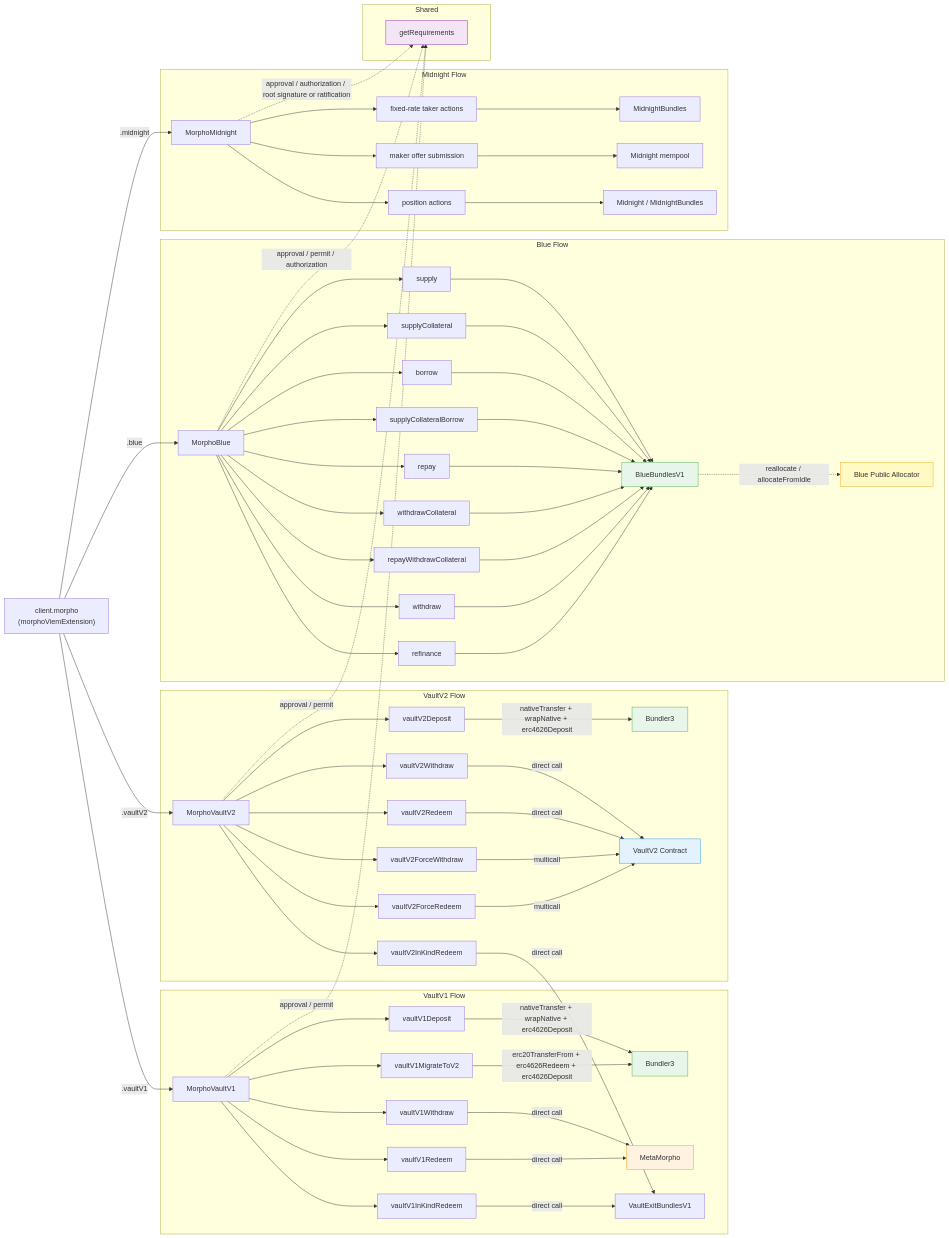
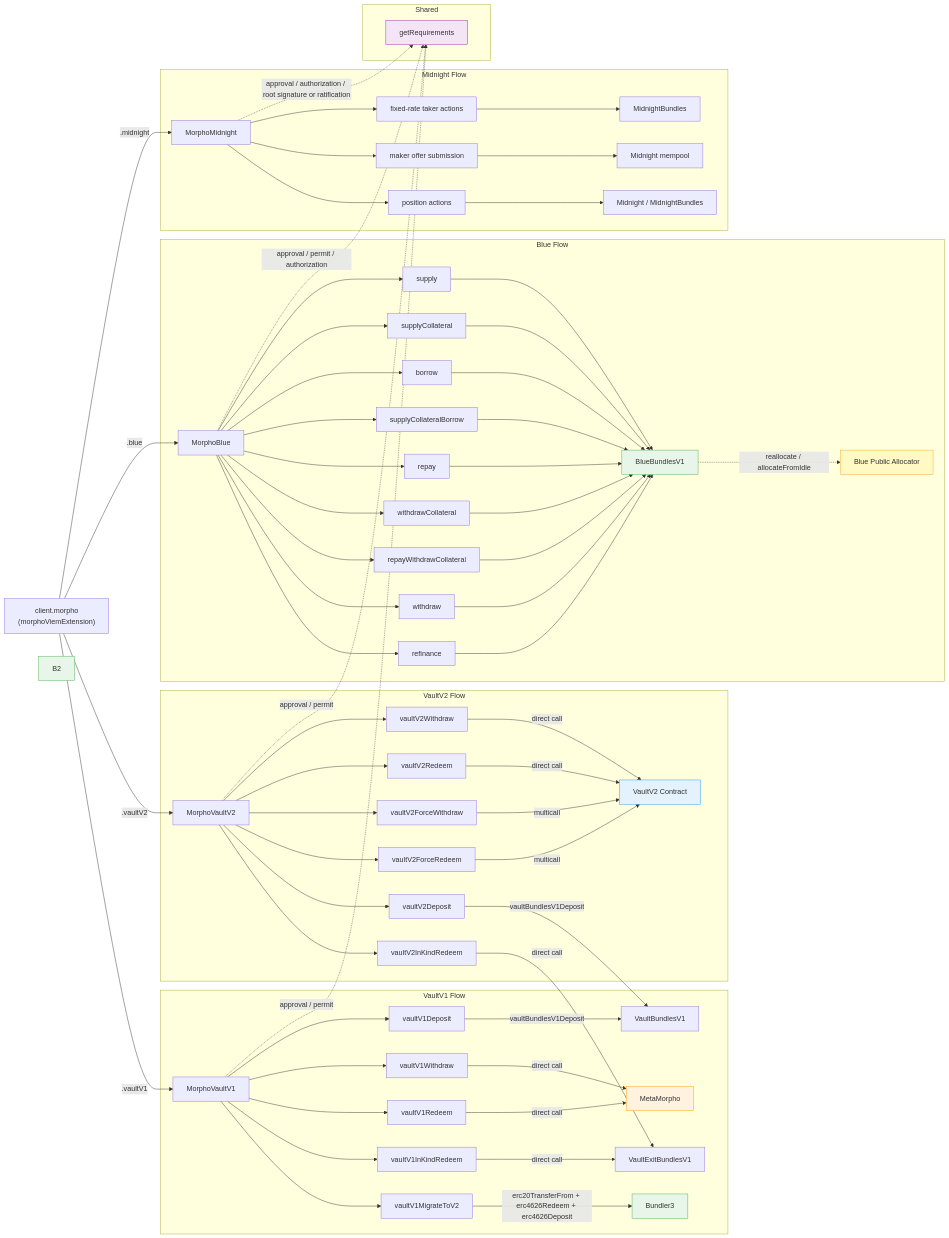
One commit to morpho-org/sdks changed the diagram in packages/morpho-sdk/README.md. Above: the diagram before and after it, drawn with Mermaid. The commit also changed other lines of this file and 10 other files, not shown here.

Commit message:
fix: address vault deposit PR review comments

```diff
--- a/packages/morpho-sdk/README.md
+++ b/packages/morpho-sdk/README.md
@@ -219,11 +226,11 @@
         MV1 --> V1IKR[vaultV1InKindRedeem]
         MV1 --> V1M[vaultV1MigrateToV2]
 
-        V1D -->|nativeTransfer + wrapNative + erc4626Deposit| B1[Bundler3]
+        V1D -->|vaultBundlesV1Deposit| VBV1[VaultBundlesV1]
         V1W -->|direct call| MM[MetaMorpho]
         V1R -->|direct call| MM
         V1IKR -->|direct call| VEB[VaultExitBundlesV1]
-        V1M -->|erc20TransferFrom + erc4626Redeem + erc4626Deposit| B1
+        V1M -->|erc20TransferFrom + erc4626Redeem + erc4626Deposit| B1[Bundler3]
     end
 
     subgraph VaultV2 Flow
@@ -235,7 +242,7 @@
         MV2 --> V2FW[vaultV2ForceWithdraw]
         MV2 --> V2FR[vaultV2ForceRedeem]
 
-        V2D -->|nativeTransfer + wrapNative + erc4626Deposit| B2[Bundler3]
+        V2D -->|vaultBundlesV1Deposit| VBV1
         V2W -->|direct call| V2C[VaultV2 Contract]
         V2R -->|direct call| V2C
         V2IKR -->|direct call| VEB
```
